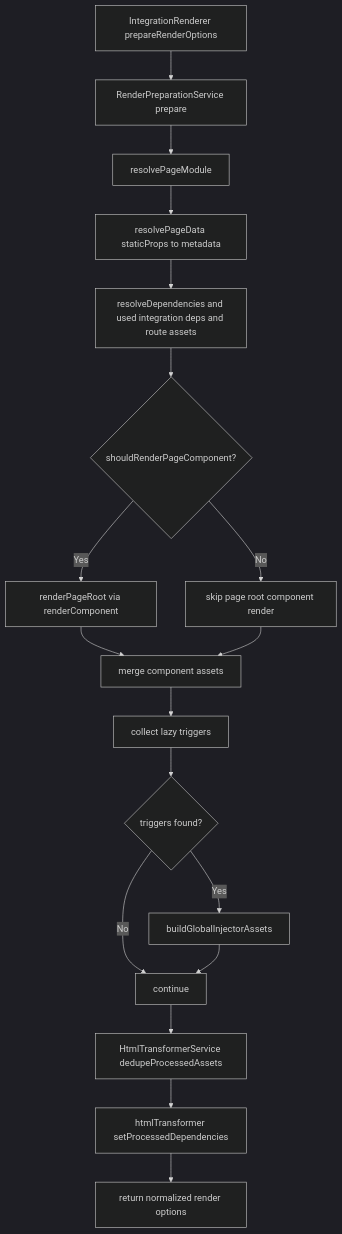
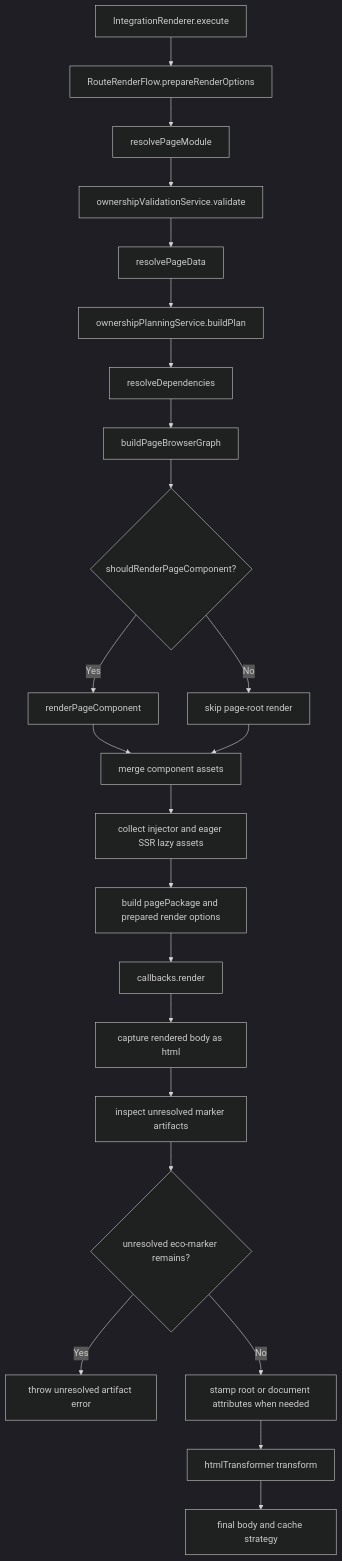
Before and after one commit to ecopages/ecopages: the second of 5 diagrams in packages/core/src/route-renderer/GRAPH.md, drawn with Mermaid (dark theme). The commit also changed other lines of this file and 12 other files, not shown here.

````diff
--- a/packages/core/src/route-renderer/GRAPH.md
+++ b/packages/core/src/route-renderer/GRAPH.md
@@ -121,20 +38,25 @@
 ```mermaid
 flowchart TD
-  A[IntegrationRenderer prepareRenderOptions] --> B[RenderPreparationService prepare]
+  A[IntegrationRenderer.execute] --> B[RouteRenderFlow.prepareRenderOptions]
   B --> C[resolvePageModule]
-  C --> D[resolvePageData staticProps to metadata]
-  D --> E[resolveDependencies and used integration deps and route assets]
-  E --> F{shouldRenderPageComponent?}
-  F -- Yes --> G[renderPageRoot via renderComponent]
-  F -- No --> H[skip page root component render]
-  G --> I[merge component assets]
-  H --> I
-  I --> J[collect lazy triggers]
-  J --> K{triggers found?}
-  K -- Yes --> L[buildGlobalInjectorAssets]
-  K -- No --> M[continue]
-  L --> M
-  M --> N[HtmlTransformerService dedupeProcessedAssets]
-  N --> O[htmlTransformer setProcessedDependencies]
-  O --> P[return normalized render options]
+  C --> D[ownershipValidationService.validate]
+  D --> E[resolvePageData]
+  E --> F[ownershipPlanningService.buildPlan]
+  F --> G[resolveDependencies]
+  G --> H[buildPageBrowserGraph]
+  H --> I{shouldRenderPageComponent?}
+  I -- Yes --> J[renderPageComponent]
+  I -- No --> K[skip page-root render]
+  J --> L[merge component assets]
+  K --> L
+  L --> M[collect injector and eager SSR lazy assets]
+  M --> N[build pagePackage and prepared render options]
+  N --> O[callbacks.render]
+  O --> P[capture rendered body as html]
+  P --> Q[inspect unresolved marker artifacts]
+  Q --> R{unresolved eco-marker remains?}
+  R -- Yes --> S[throw unresolved artifact error]
+  R -- No --> T[stamp root or document attributes when needed]
+  T --> U[htmlTransformer transform]
+  U --> V[final body and cache strategy]
 ```
````
